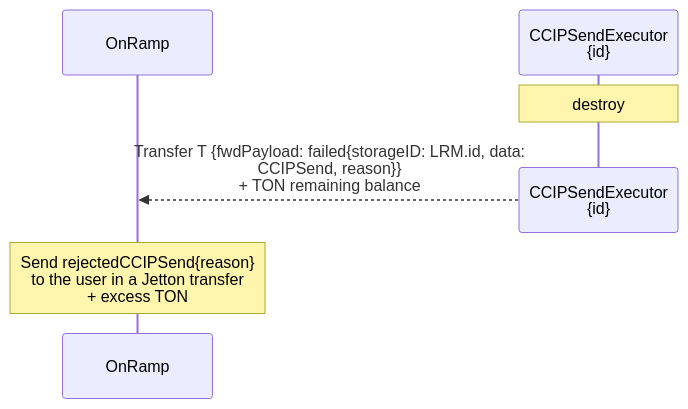
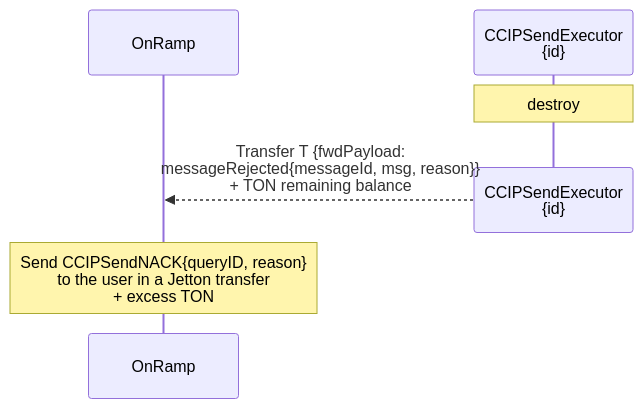
The second of 2 diagrams in docs/contracts/ccip/flow/onramp/token-transfer.md (smartcontractkit/chainlink-ton), drawn with Mermaid before and after one commit. The commit also changed other lines of this file and 2 other files, not shown here.

````diff
--- a/docs/contracts/ccip/flow/onramp/token-transfer.md
+++ b/docs/contracts/ccip/flow/onramp/token-transfer.md
@@ -82,9 +82,9 @@
 ```mermaid
 sequenceDiagram
     participant OR as OnRamp
     participant LRM as CCIPSendExecutor<br>{id}
     Note over LRM: destroy
     destroy LRM
-    LRM -->> OR: Transfer T {fwdPayload: failed{storageID: LRM.id, data:<br>CCIPSend, reason}}<br>+ TON remaining balance
-    Note over OR: Send rejectedCCIPSend{reason}<br>to the user in a Jetton transfer<br>+ excess TON
+    LRM -->> OR: Transfer T {fwdPayload:<br>messageRejected{messageId, msg, reason}}<br>+ TON remaining balance
+    Note over OR: Send CCIPSendNACK{queryID, reason}<br>to the user in a Jetton transfer<br>+ excess TON
 ```
````
